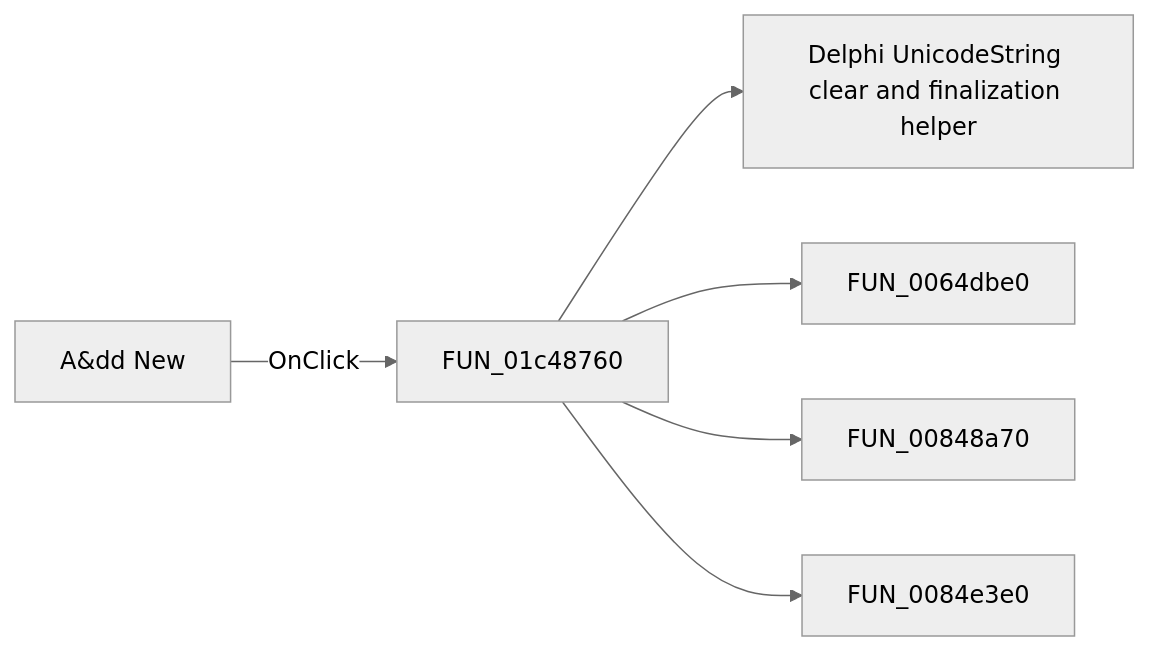
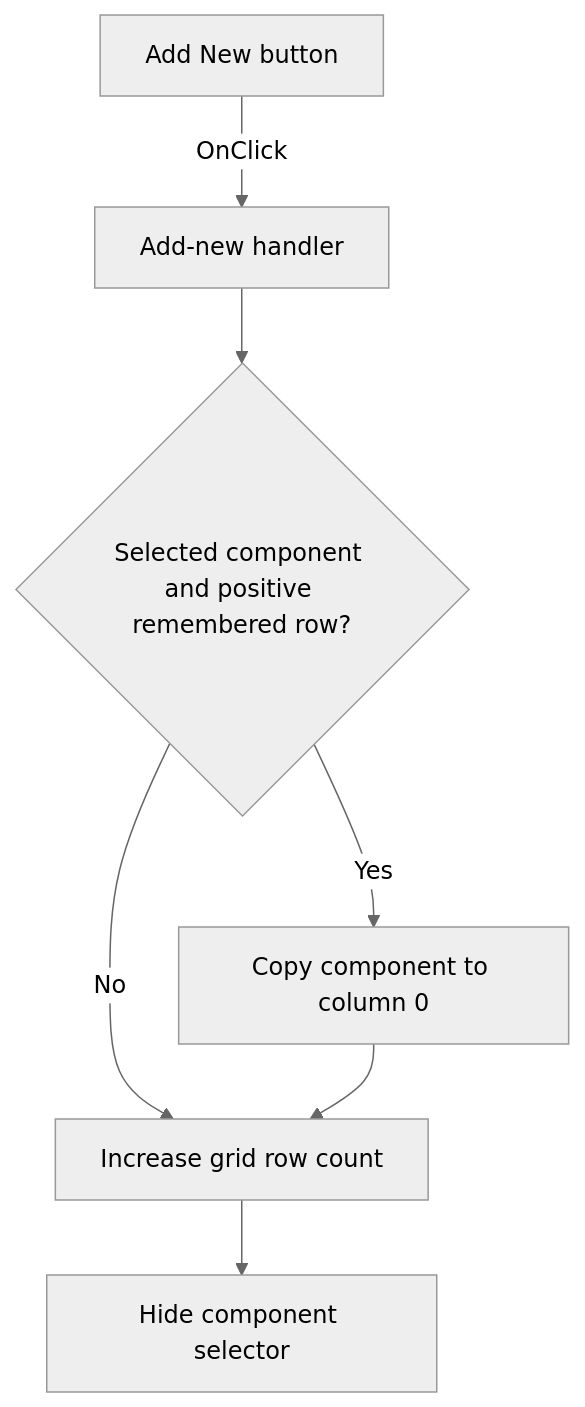
One commit to MovGP0/TIARA changed the diagram in docs/ui-controls/frmsetcompmainvaluelimits/addnew-8fd253fb20.md. Above: the diagram before and after it, drawn with Mermaid (neutral theme). The commit also changed other lines of this file and 387 other files, not shown here.

````diff
--- a/docs/ui-controls/frmsetcompmainvaluelimits/addnew-8fd253fb20.md
+++ b/docs/ui-controls/frmsetcompmainvaluelimits/addnew-8fd253fb20.md
@@ -27,8 +27,9 @@
 ```mermaid
-flowchart LR
-    control["A&dd New"] -->|OnClick| handler["FUN_01c48760"]
-    handler --> call1["Delphi UnicodeString clear and finalization helper"]
-    handler --> call2["FUN_0064dbe0"]
-    handler --> call3["FUN_00848a70"]
-    handler --> call4["FUN_0084e3e0"]
+flowchart TD
+    control["Add New button"] -->|"OnClick"| handler["Add-new handler"]
+    handler --> selection{"Selected component and positive remembered row?"}
+    selection -->|"Yes"| preserve["Copy component to column 0"]
+    selection -->|"No"| append["Increase grid row count"]
+    preserve --> append
+    append --> hide["Hide component selector"]
 ```
````
